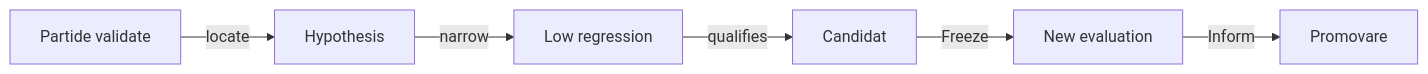
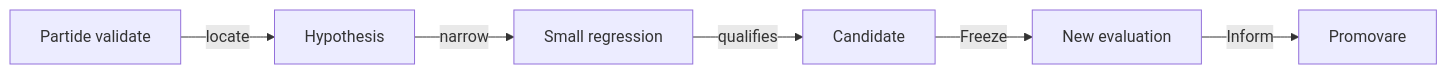
Before and after one commit to crististefanita/atf_j4: the first of 2 diagrams in docs/learning/ATF_PolicyEvolution.md, drawn with Mermaid. The commit also changed other lines of this file and 84 other files, not shown here.

````diff
--- a/docs/learning/ATF_PolicyEvolution.md
+++ b/docs/learning/ATF_PolicyEvolution.md
@@ -33,8 +33,8 @@
 ```mermaid
 flowchart LR
     GAME[Partide validate] -->|locate| QUESTION[Hypothesis]
-    QUESTION -->|narrow| TEST[Low regression]
-    TEST -->|qualifies| CAND[Candidat]
+    QUESTION -->|narrow| TEST[Small regression]
+    TEST -->|qualifies| CAND[Candidate]
     CAND -->|Freeze| FRESH[New evaluation]
     FRESH -->|Inform| REVIEW[Promovare]
 ```
````
